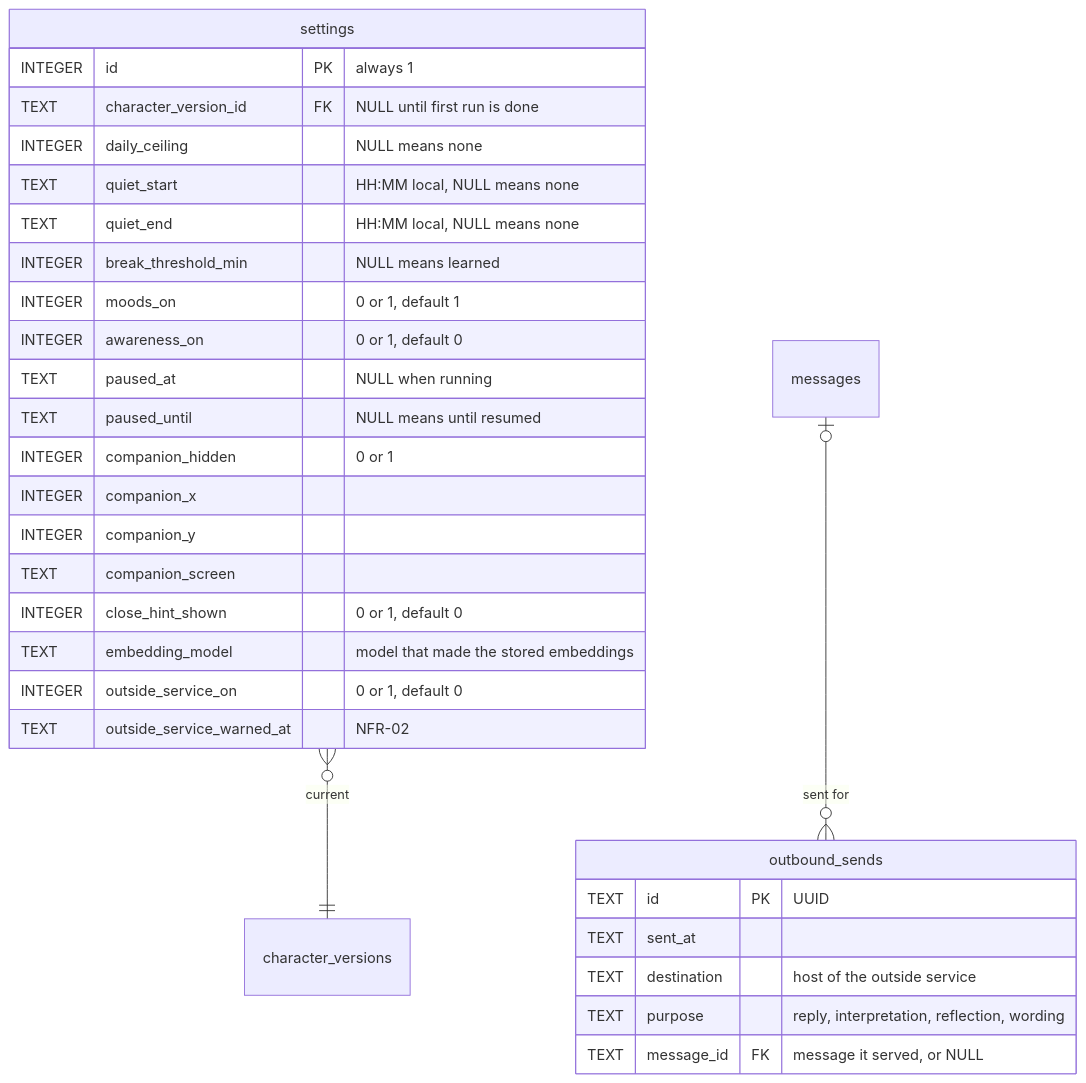
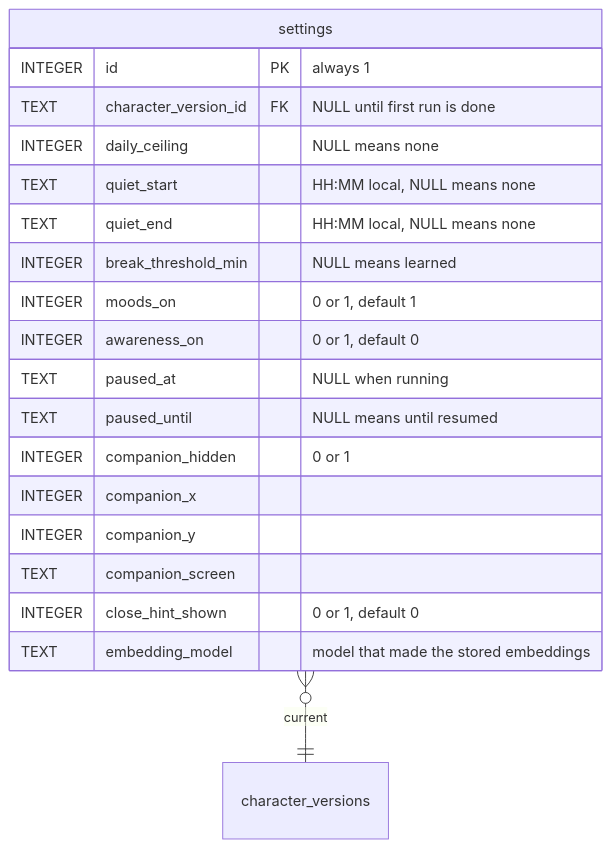
The tenth of 10 diagrams in docs/ERD.md (NguyenVu04/cognia), drawn with Mermaid before and after one commit. The commit also changed other lines of this file and 40 other files, not shown here.

````diff
--- a/docs/ERD.md
+++ b/docs/ERD.md
@@ -950,32 +966,22 @@
 ```mermaid
 erDiagram
     settings {
         INTEGER id PK "always 1"
         TEXT character_version_id FK "NULL until first run is done"
         INTEGER daily_ceiling "NULL means none"
         TEXT quiet_start "HH:MM local, NULL means none"
         TEXT quiet_end "HH:MM local, NULL means none"
         INTEGER break_threshold_min "NULL means learned"
         INTEGER moods_on "0 or 1, default 1"
         INTEGER awareness_on "0 or 1, default 0"
         TEXT paused_at "NULL when running"
         TEXT paused_until "NULL means until resumed"
         INTEGER companion_hidden "0 or 1"
         INTEGER companion_x
         INTEGER companion_y
         TEXT companion_screen
         INTEGER close_hint_shown "0 or 1, default 0"
         TEXT embedding_model "model that made the stored embeddings"
-        INTEGER outside_service_on "0 or 1, default 0"
-        TEXT outside_service_warned_at "NFR-02"
-    }
-    outbound_sends {
-        TEXT id PK "UUID"
-        TEXT sent_at
-        TEXT destination "host of the outside service"
-        TEXT purpose "reply, interpretation, reflection, wording"
-        TEXT message_id FK "message it served, or NULL"
     }
     settings }o--|| character_versions : "current"
-    messages |o--o{ outbound_sends : "sent for"
 ```
````
